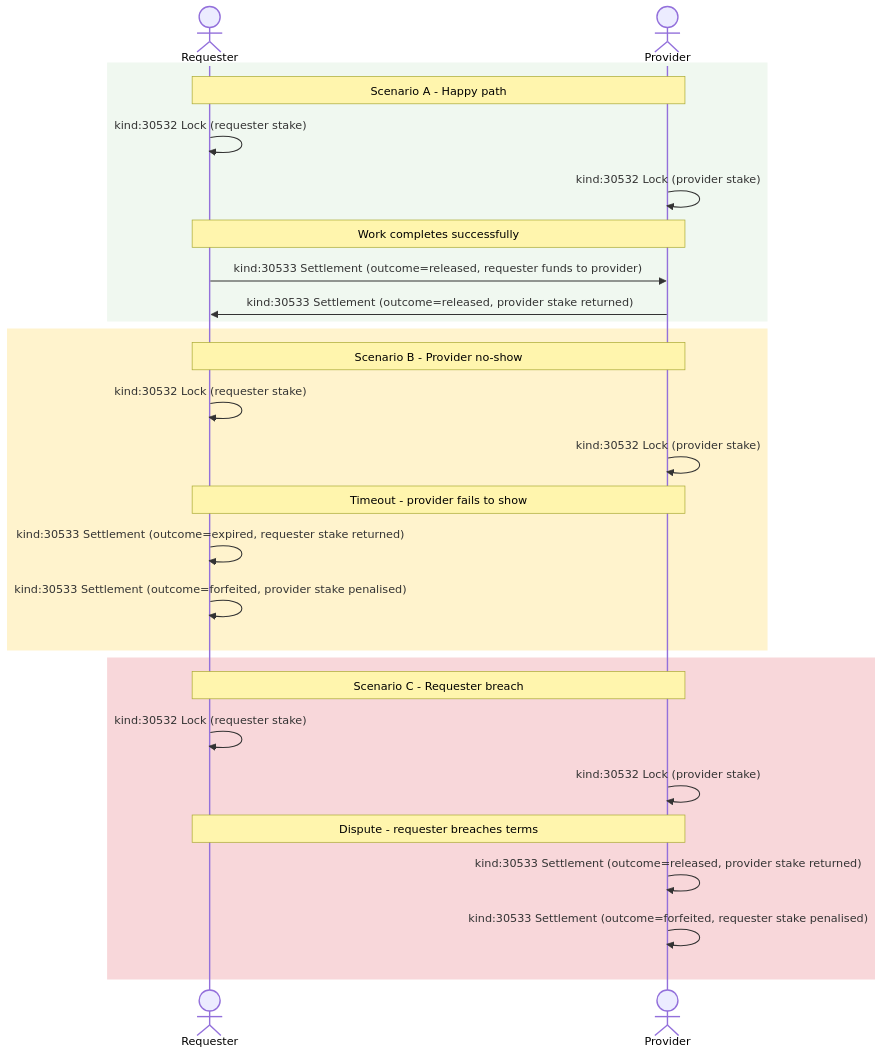
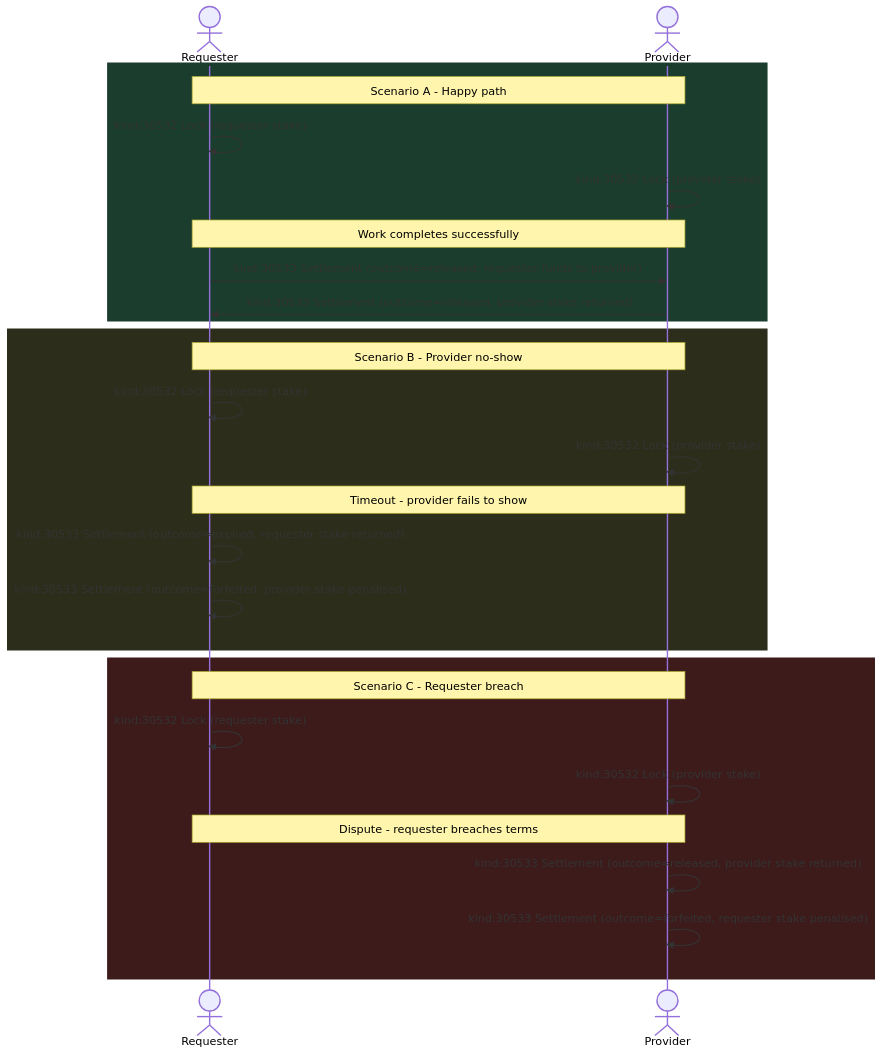
One commit to forgesworn/nip-drafts changed the fifth of 5 diagrams in NIP-ESCROW.md. Above: the diagram before and after it, drawn with Mermaid. The commit also changed other lines of this file and 3 other files, not shown here.

Commit message:
fix: dark theme colours in inline Mermaid blocks (markdown files)

````diff
--- a/NIP-ESCROW.md
+++ b/NIP-ESCROW.md
@@ -410,32 +410,32 @@
 ```mermaid
 sequenceDiagram
     actor R as Requester
     actor P as Provider
 
-    rect rgb(240, 248, 240)
+    rect rgb(27, 61, 45)
         Note over R,P: Scenario A - Happy path
         R->>R: kind:30532 Lock (requester stake)
         P->>P: kind:30532 Lock (provider stake)
         Note over R,P: Work completes successfully
         R->>P: kind:30533 Settlement (outcome=released, requester funds to provider)
         P->>R: kind:30533 Settlement (outcome=released, provider stake returned)
     end
 
-    rect rgb(255, 243, 205)
+    rect rgb(45, 45, 27)
         Note over R,P: Scenario B - Provider no-show
         R->>R: kind:30532 Lock (requester stake)
         P->>P: kind:30532 Lock (provider stake)
         Note over R,P: Timeout - provider fails to show
         R->>R: kind:30533 Settlement (outcome=expired, requester stake returned)
         R->>R: kind:30533 Settlement (outcome=forfeited, provider stake penalised)
     end
 
-    rect rgb(248, 215, 218)
+    rect rgb(61, 27, 27)
         Note over R,P: Scenario C - Requester breach
         R->>R: kind:30532 Lock (requester stake)
         P->>P: kind:30532 Lock (provider stake)
         Note over R,P: Dispute - requester breaches terms
         P->>P: kind:30533 Settlement (outcome=released, provider stake returned)
         P->>P: kind:30533 Settlement (outcome=forfeited, requester stake penalised)
     end
 ```
````
